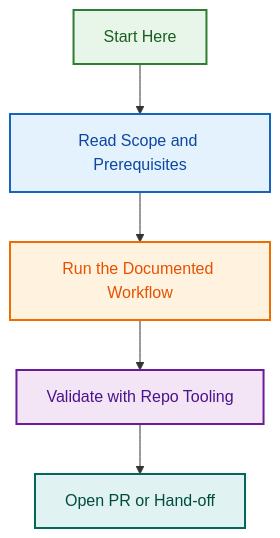
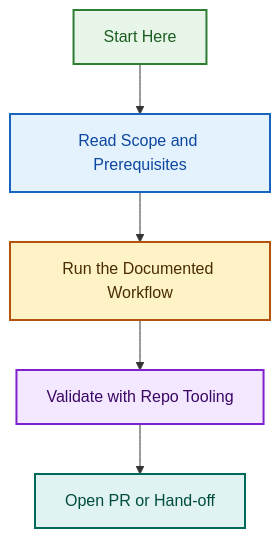
The diagram in .github/projects/active/issue-type-workflow-automation/README.md (lightspeedwp/.github), drawn with Mermaid before and after one commit. The commit also changed 181 other files, not shown here.

Commit message:
docs: maintenance updates (Mermaid + staleness)

````diff
--- a/.github/projects/active/issue-type-workflow-automation/README.md
+++ b/.github/projects/active/issue-type-workflow-automation/README.md
@@ -305,21 +305,21 @@
 ```mermaid
 flowchart TD
   accTitle: Issue Type Workflow Execution Process
   accDescr: Sequential workflow diagram showing: Start Here (green), Read Scope and Prerequisites (blue), Run the Documented Workflow (orange), Validate with Repo Tooling (purple), Open PR or Hand-off (teal) with color-coded stages
   A[Start Here] --> B[Read Scope and Prerequisites]
   B --> C[Run the Documented Workflow]
   C --> D[Validate with Repo Tooling]
   D --> E[Open PR or Hand-off]
 
   classDef start fill:#E8F5E9,stroke:#2E7D32,stroke-width:2px,color:#1B5E20;
   classDef prep fill:#E3F2FD,stroke:#1565C0,stroke-width:2px,color:#0D47A1;
-  classDef run fill:#FFF3E0,stroke:#EF6C00,stroke-width:2px,color:#E65100;
-  classDef gate fill:#F3E5F5,stroke:#6A1B9A,stroke-width:2px,color:#4A148C;
+  classDef run fill:#fef3c7,stroke:#b45309,stroke-width:2px,color:#4a2c00;
+  classDef gate fill:#f3e8ff,stroke:#7e22ce,stroke-width:2px,color:#3b0764;
   classDef done fill:#E0F2F1,stroke:#00695C,stroke-width:2px,color:#004D40;
 
   class A start;
   class B prep;
   class C run;
   class D gate;
   class E done;
 ```
````
